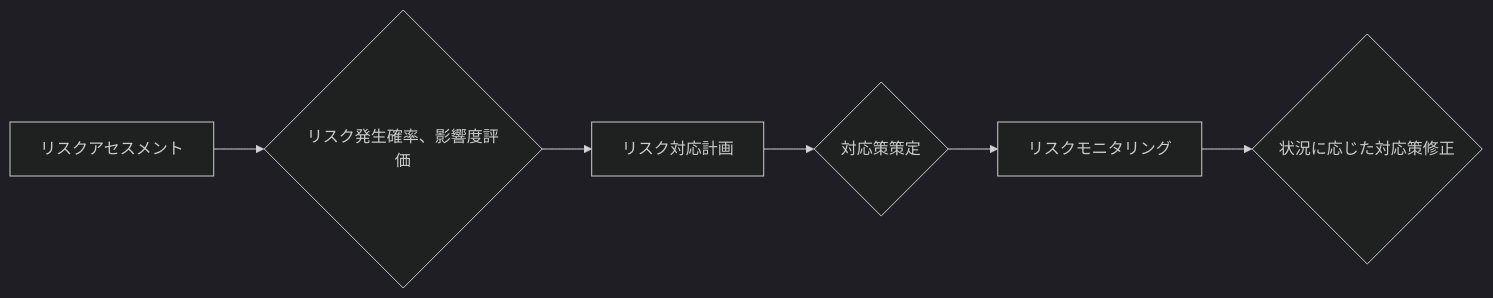
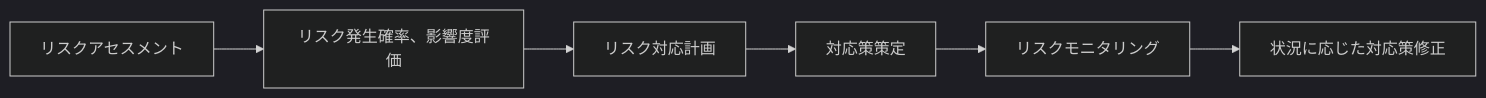
Before and after one commit to SparklingDetergent/doc_genai_How_to_evaluate_the_cost-effectiveness_of_using_generative_AI_for_business_purposes: diagram 11 of 16 in README.md, drawn with Mermaid (dark theme). The commit also changed other lines of this file, not shown here.

````diff
--- a/README.md
+++ b/README.md
@@ -377,8 +388,8 @@
 ```mermaid
 graph LR
-    A[リスクアセスメント] --> B{リスク発生確率、影響度評価}
+    A[リスクアセスメント] --> B[リスク発生確率、影響度評価]
     B --> C[リスク対応計画]
-    C --> D{対応策策定}
+    C --> D[対応策策定]
     D --> E[リスクモニタリング]
-    E --> F{状況に応じた対応策修正}
+    E --> F[状況に応じた対応策修正]
 ```
````
